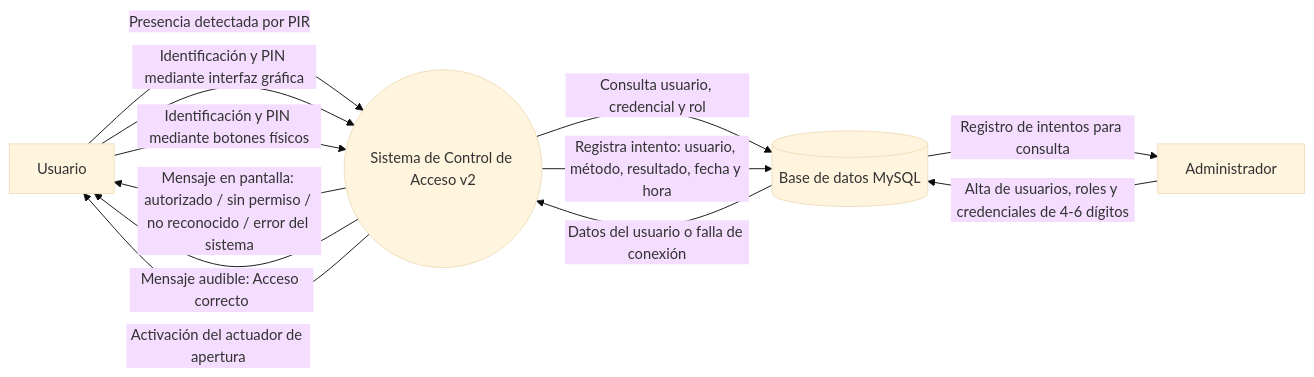
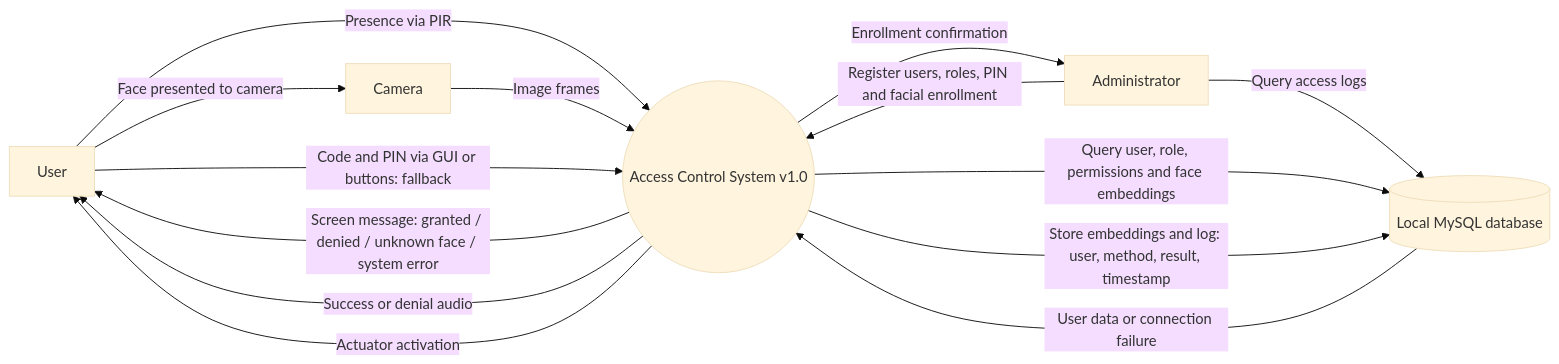
The diagram in docs/dfd-0.md (MrGodie/ControlAccesoRPI), drawn with Mermaid (base theme) before and after one commit. The commit also changed 3 other files, not shown here.

Commit message:
PIC-22 PIC-24 PIC-58 Updated de original flowcharts

````diff
--- a/docs/dfd-0.md
+++ b/docs/dfd-0.md
@@ -1,22 +1,25 @@
 ```mermaid
 flowchart LR
-    U[Usuario]
-    A[Administrador]
-    DB[(Base de datos MySQL)]
-    S((Sistema de Control de Acceso v2))
+    U[User]
+    A[Administrator]
+    CAM[Camera]
+    DB[(Local MySQL database)]
+    S((Access Control System v1.0))
 
-    U -->|Presencia detectada por PIR| S
-    U -->|Identificación y PIN mediante interfaz gráfica| S
-    U -->|Identificación y PIN mediante botones físicos| S
+    U -->|Presence via PIR| S
+    U -->|Face presented to camera| CAM
+    CAM -->|Image frames| S
+    U -->|Code and PIN via GUI or buttons: fallback| S
 
-    S -->|Mensaje en pantalla: autorizado / sin permiso / no reconocido / error del sistema| U
-    S -->|Mensaje audible: Acceso correcto| U
-    S -->|Activación del actuador de apertura| U
+    S -->|Screen message: granted / denied / unknown face / system error| U
+    S -->|Success or denial audio| U
+    S -->|Actuator activation| U
 
-    A -->|Alta de usuarios, roles y credenciales de 4-6 dígitos| DB
-    DB -->|Registro de intentos para consulta| A
+    A -->|Register users, roles, PIN and facial enrollment| S
+    S -->|Enrollment confirmation| A
+    A -->|Query access logs| DB
 
-    S -->|Consulta usuario, credencial y rol| DB
-    DB -->|Datos del usuario o falla de conexión| S
-    S -->|Registra intento: usuario, método, resultado, fecha y hora| DB
+    S -->|Query user, role, permissions and face embeddings| DB
+    DB -->|User data or connection failure| S
+    S -->|Store embeddings and log: user, method, result, timestamp| DB
 ```
````
